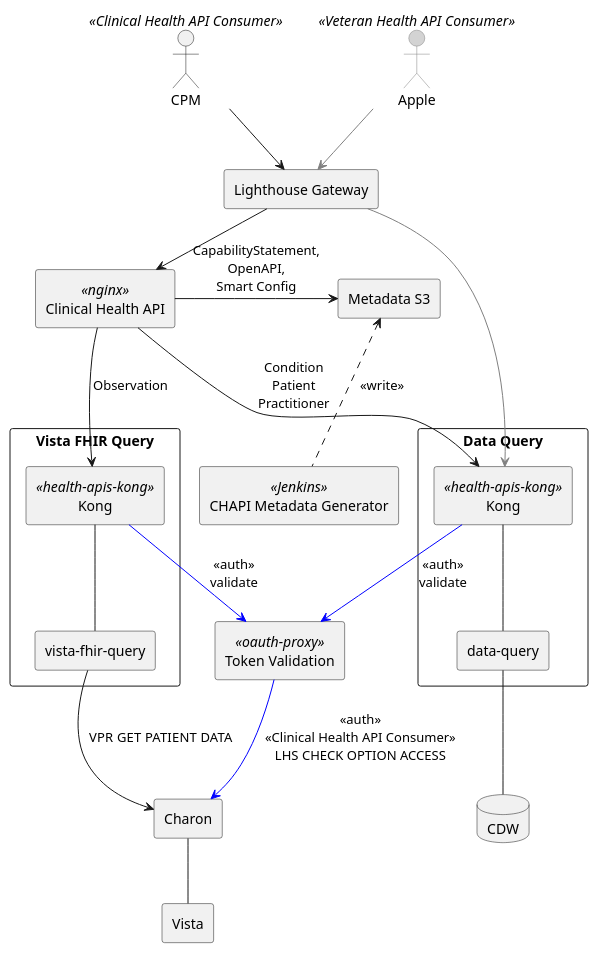
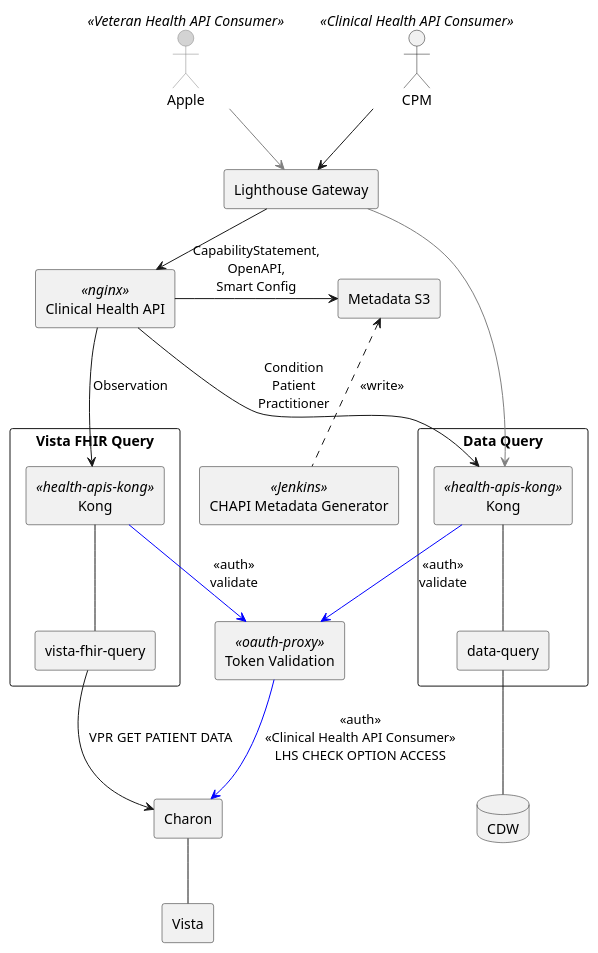
Before and after one commit to department-of-veterans-affairs/health-apis-clinical-fhir: the diagram in src/plantuml/components.puml, drawn with PlantUML. The commit also changed other lines of this file and 4 other files, not shown here.

```diff
--- a/src/plantuml/components.puml
+++ b/src/plantuml/components.puml
@@ -1,50 +1,50 @@
 @startuml
 'https://plantuml.com/component-diagram
 
 skinparam {
   shadowing false
   ActorBorderColor<<Veteran Health API Consumer>> Gray
   ActorBackgroundColor<<Veteran Health API Consumer>> LightGray
 }
 
+actor Apple <<Veteran Health API Consumer>>
 actor CPM <<Clinical Health API Consumer>>
-actor Apple <<Veteran Health API Consumer>>
 rectangle "Lighthouse Gateway" as GW
 rectangle "Clinical Health API" <<nginx>> as CHAPI
 rectangle "Data Query" as DQ {
   rectangle Kong <<health-apis-kong>> as DQK
   rectangle "data-query" as DQA
 }
 rectangle "Vista FHIR Query" as VFQ {
   rectangle Kong <<health-apis-kong>> as VFQK
   rectangle "vista-fhir-query" as VFQA
 }
 rectangle Charon
 database CDW
 rectangle Vista
 rectangle "CHAPI Metadata Generator" as CU <<Jenkins>>
 rectangle "Metadata S3" as MD
 rectangle "Token Validation" as TV <<oauth-proxy>>
 
 
 CPM --> GW
 Apple -[#Gray]-> GW
 GW --> CHAPI
 GW -[#Gray]-> DQK
 CHAPI --> DQK : Condition\nPatient\nPractitioner
 CHAPI --> VFQK : Observation
 CHAPI -> MD : CapabilityStatement,\nOpenAPI,\nSmart Config
 VFQA --> Charon : VPR GET PATIENT DATA
 VFQK -- VFQA
 DQK -- DQA
 DQA -- CDW
 Charon -- Vista
 DQK -[#Blue]-> TV : <<auth>>\nvalidate
 VFQK -[#Blue]-> TV : <<auth>>\nvalidate
 TV -[#Blue]-> Charon : <<auth>>\n<<Clinical Health API Consumer>>\nLHS CHECK OPTION ACCESS
 
 'CU .up. VFQ
 'CU .up. DQK
 CU .up.> MD : <<write>>
 
 @enduml
```
